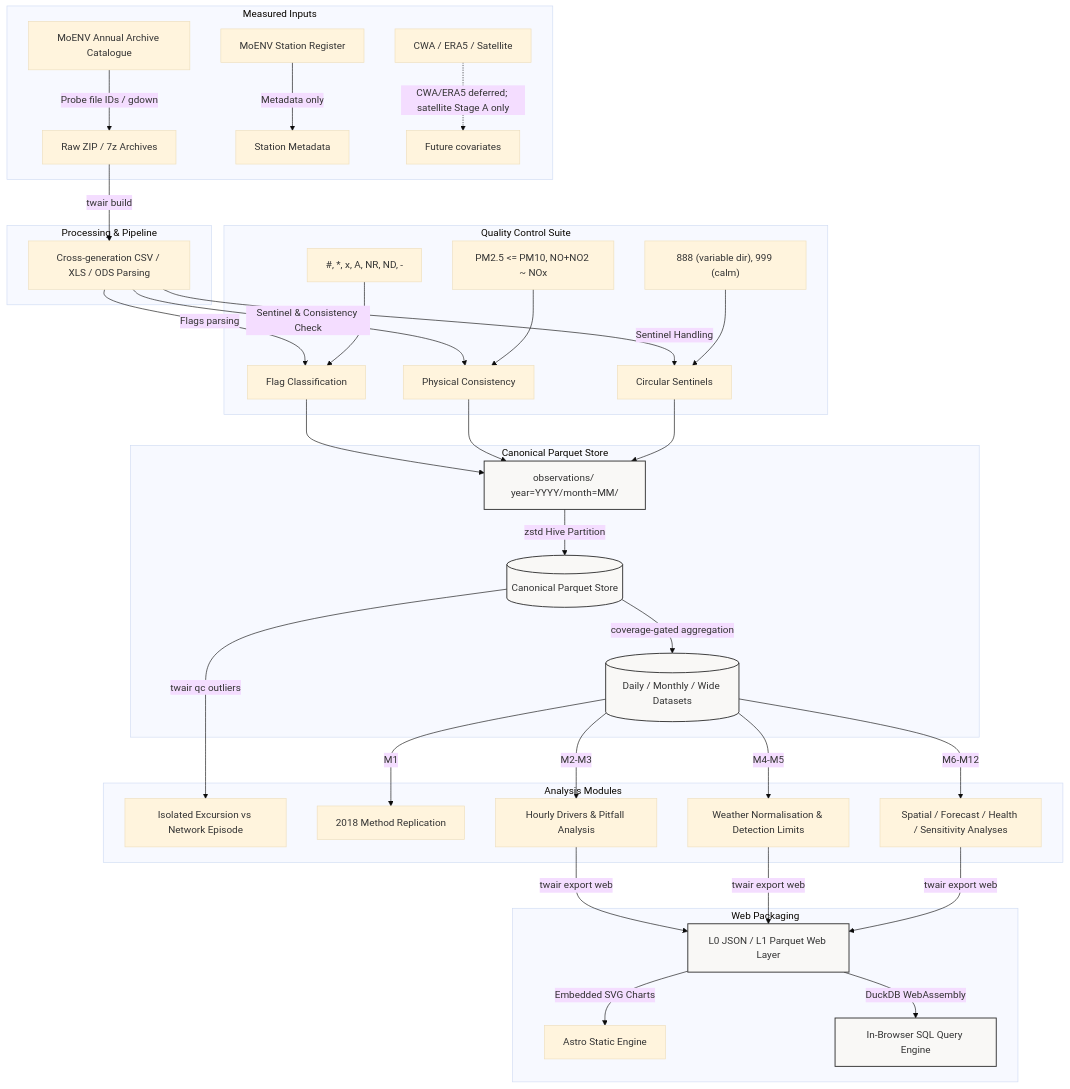
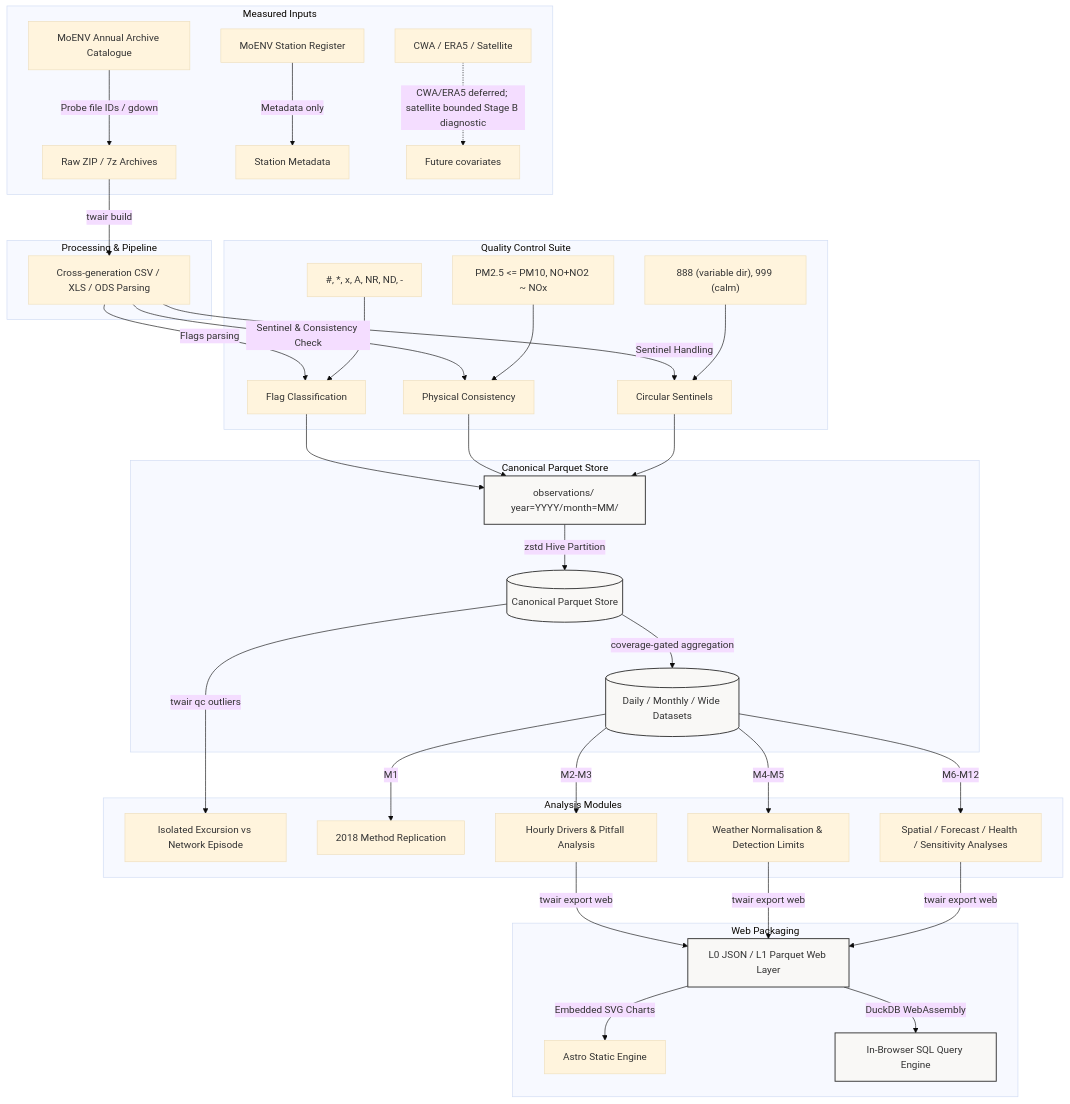
The diagram in README.en.md (kuotunyu/air-quality), drawn with Mermaid (base theme) before and after one commit. The commit also changed other lines of this file and 4 other files, not shown here.

````diff
--- a/README.en.md
+++ b/README.en.md
@@ -71,44 +71,44 @@
 ```mermaid
 flowchart TD
     subgraph Data Sources [Measured Inputs]
         A[MoENV Annual Archive Catalogue] -->|Probe file IDs / gdown| D[Raw ZIP / 7z Archives]
         B[MoENV Station Register] -->|Metadata only| S[Station Metadata]
-        C[CWA / ERA5 / Satellite] -.->|CWA/ERA5 deferred; satellite Stage A only| X[Future covariates]
+        C[CWA / ERA5 / Satellite] -.->|CWA/ERA5 deferred; satellite bounded Stage B diagnostic| X[Future covariates]
     end
 
     subgraph Ingestion [Processing & Pipeline]
         D -->|twair build| G[Cross-generation CSV / XLS / ODS Parsing]
     end
 
     subgraph QC [Quality Control Suite]
         G -->|Flags parsing| H[Flag Classification]
         H_flag["#, *, x, A, NR, ND, -"] --> H
         G -->|Sentinel & Consistency Check| I[Physical Consistency]
         I_check["PM2.5 <= PM10, NO+NO2 ~ NOx"] --> I
         G -->|Sentinel Handling| J[Circular Sentinels]
         J_set["888 (variable dir), 999 (calm)"] --> J
     end
 
     subgraph Storage [Canonical Parquet Store]
         H & I & J --> K[observations/ year=YYYY/month=MM/]
         K -->|zstd Hive Partition| L[(Canonical Parquet Store)]
         L -->|coverage-gated aggregation| M[(Daily / Monthly / Wide Datasets)]
     end
 
     subgraph Analytics [Analysis Modules]
         L -->|twair qc outliers| N_out[Isolated Excursion vs Network Episode]
         M -->|M1| N[2018 Method Replication]
         M -->|M2-M3| O[Hourly Drivers & Pitfall Analysis]
         M -->|M4-M5| P[Weather Normalisation & Detection Limits]
         M -->|M6-M12| T[Spatial / Forecast / Health / Sensitivity Analyses]
     end
 
     subgraph Export [Web Packaging]
         O & P & T -->|twair export web| Q_json[L0 JSON / L1 Parquet Web Layer]
         Q_json -->|Embedded SVG Charts| R_astro[Astro Static Engine]
         Q_json -->|DuckDB WebAssembly| S_wasm[In-Browser SQL Query Engine]
     end
 
     classDef tech fill:#f9f8f6,stroke:#333,stroke-width:1.5px;
     class K,L,M,Q_json,S_wasm tech;
 ```
````
